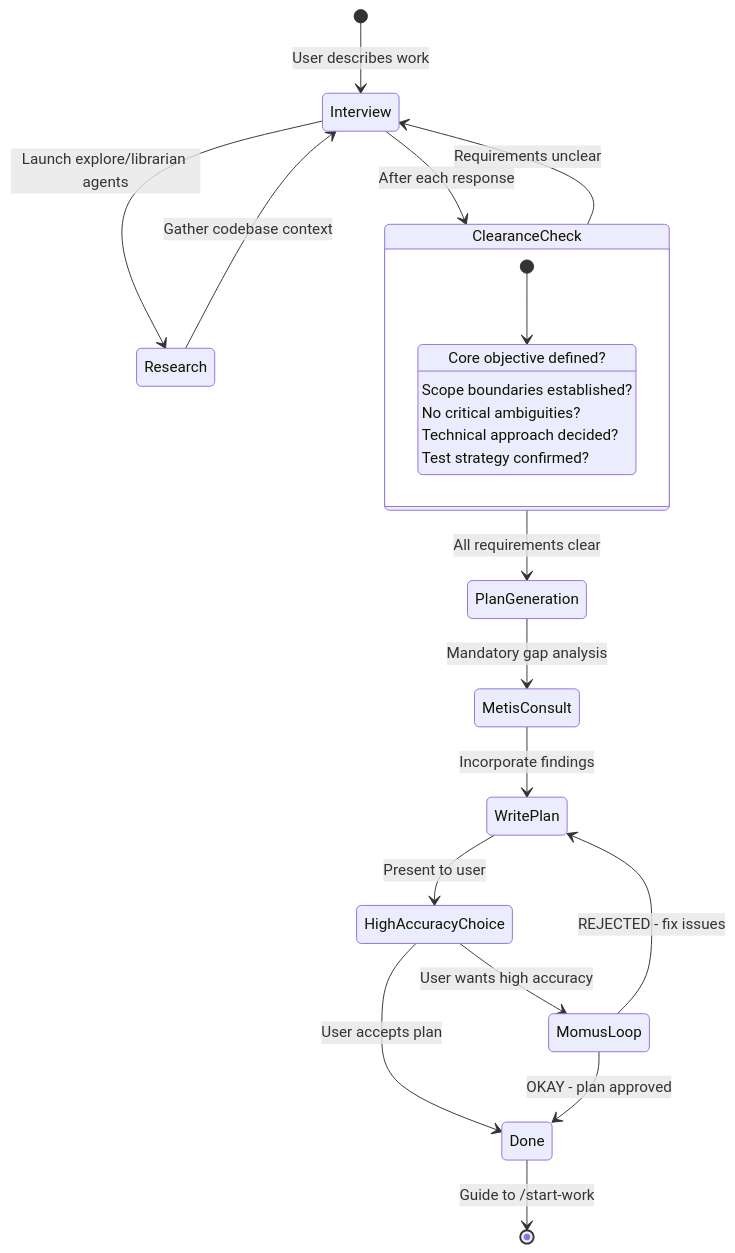
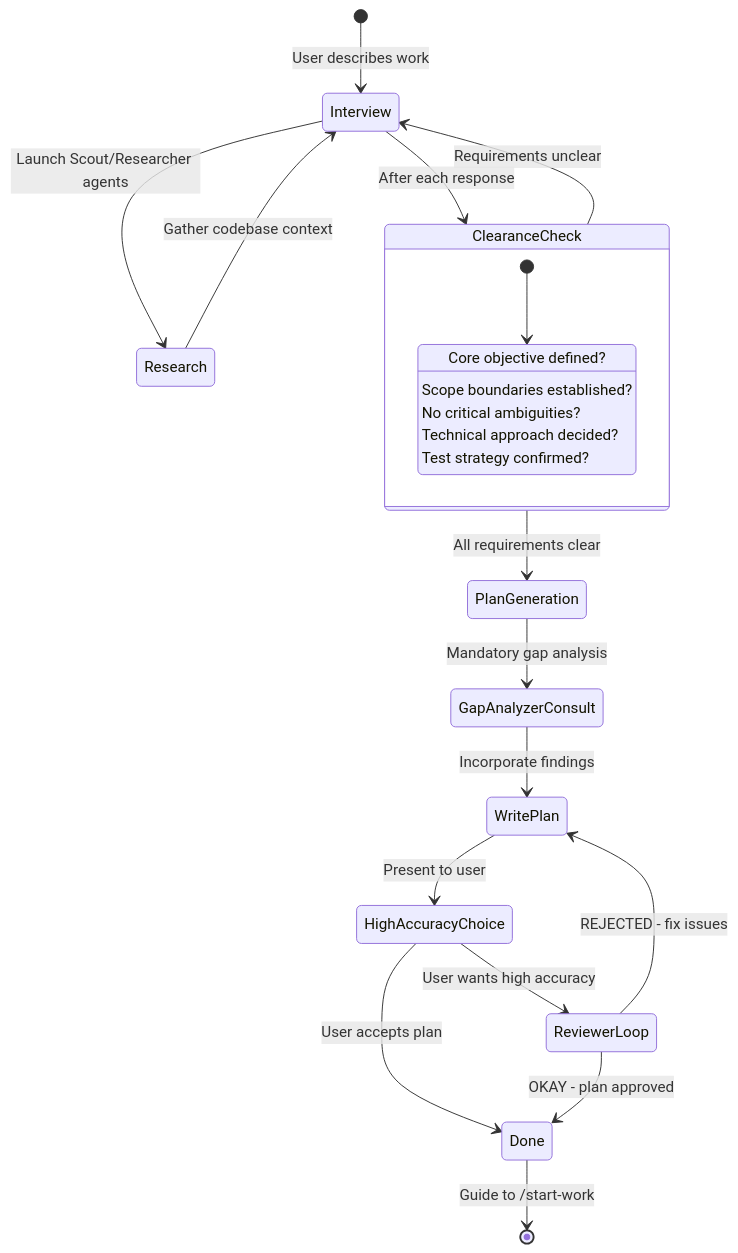
Before and after one commit to DevSquad-AI/DevSquad: the second of 3 diagrams in docs/guide/orchestration.md, drawn with Mermaid. The commit also changed other lines of this file and 8 other files, not shown here.

````diff
--- a/docs/guide/orchestration.md
+++ b/docs/guide/orchestration.md
@@ -87,31 +87,31 @@
 ```mermaid
 stateDiagram-v2
     [*] --> Interview: User describes work
-    Interview --> Research: Launch explore/librarian agents
+    Interview --> Research: Launch Scout/Researcher agents
     Research --> Interview: Gather codebase context
     Interview --> ClearanceCheck: After each response
     
     ClearanceCheck --> Interview: Requirements unclear
     ClearanceCheck --> PlanGeneration: All requirements clear
     
     state ClearanceCheck {
         [*] --> Check
         Check: Core objective defined?
         Check: Scope boundaries established?
         Check: No critical ambiguities?
         Check: Technical approach decided?
         Check: Test strategy confirmed?
     }
     
-    PlanGeneration --> MetisConsult: Mandatory gap analysis
-    MetisConsult --> WritePlan: Incorporate findings
+    PlanGeneration --> GapAnalyzerConsult: Mandatory gap analysis
+    GapAnalyzerConsult --> WritePlan: Incorporate findings
     WritePlan --> HighAccuracyChoice: Present to user
     
-    HighAccuracyChoice --> MomusLoop: User wants high accuracy
+    HighAccuracyChoice --> ReviewerLoop: User wants high accuracy
     HighAccuracyChoice --> Done: User accepts plan
     
-    MomusLoop --> WritePlan: REJECTED - fix issues
-    MomusLoop --> Done: OKAY - plan approved
+    ReviewerLoop --> WritePlan: REJECTED - fix issues
+    ReviewerLoop --> Done: OKAY - plan approved
     
     Done --> [*]: Guide to /start-work
 ```
````
